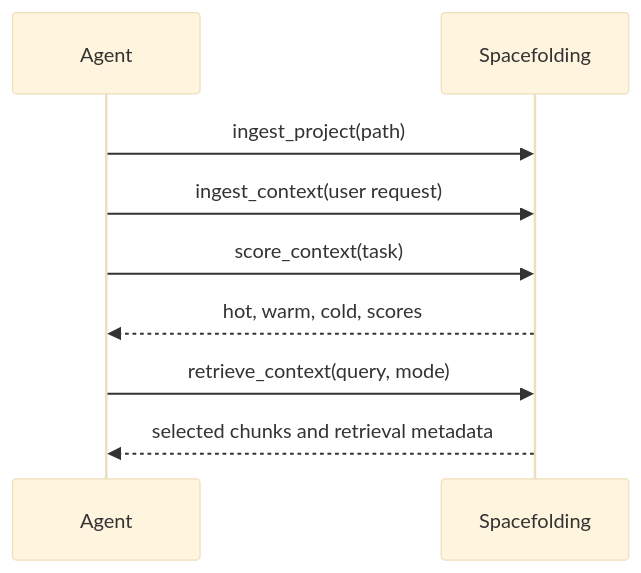
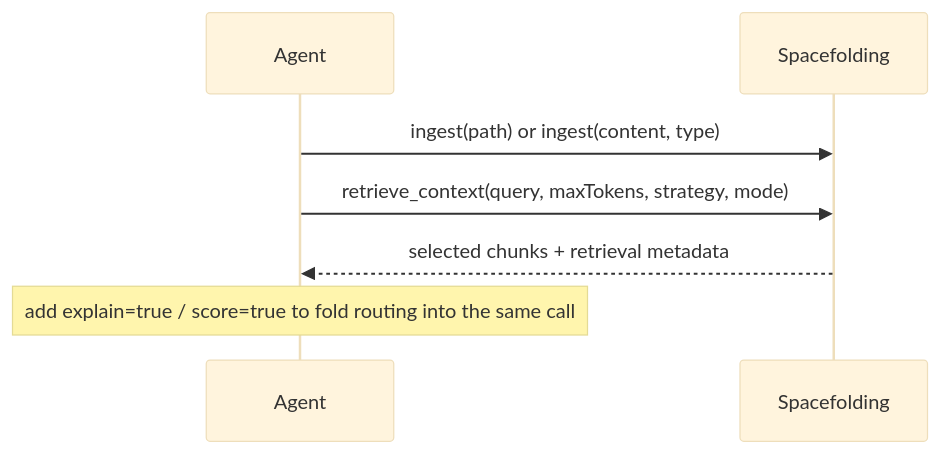
The second of 2 diagrams in docs/reference/mcp-tools.md (BColsey/spacefolding), drawn with Mermaid (base theme) before and after one commit. The commit also changed other lines of this file and 1 other file, not shown here.

````diff
--- a/docs/reference/mcp-tools.md
+++ b/docs/reference/mcp-tools.md
@@ -33,11 +43,9 @@
 ```mermaid
 sequenceDiagram
   participant Agent
   participant Spacefolding
-  Agent->>Spacefolding: ingest_project(path)
-  Agent->>Spacefolding: ingest_context(user request)
-  Agent->>Spacefolding: score_context(task)
-  Spacefolding-->>Agent: hot, warm, cold, scores
-  Agent->>Spacefolding: retrieve_context(query, mode)
-  Spacefolding-->>Agent: selected chunks and retrieval metadata
+  Agent->>Spacefolding: ingest(path) or ingest(content, type)
+  Agent->>Spacefolding: retrieve_context(query, maxTokens, strategy, mode)
+  Spacefolding-->>Agent: selected chunks + retrieval metadata
+  note over Agent: add explain=true / score=true to fold routing into the same call
 ```
````
